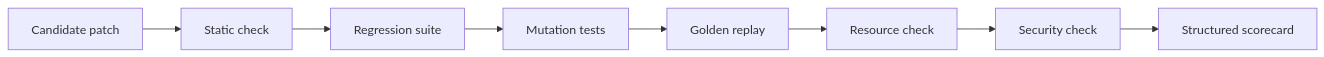
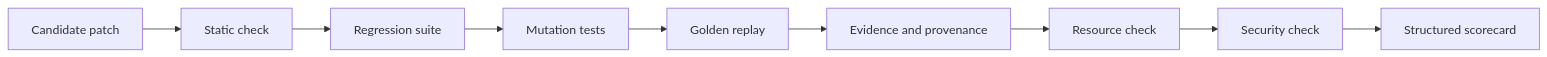
The second of 2 diagrams in DESIGN.md (Mazha0309/the-evil-repository), drawn with Mermaid before and after one commit. The commit also changed other lines of this file and 54 other files, not shown here.

````diff
--- a/DESIGN.md
+++ b/DESIGN.md
@@ -355,10 +447,11 @@
 ```mermaid
 flowchart LR
     PATCH[Candidate patch] --> STATIC[Static check]
     STATIC --> REG[Regression suite]
     REG --> MUT[Mutation tests]
     MUT --> GOLD[Golden replay]
-    GOLD --> RES[Resource check]
+    GOLD --> PROV[Evidence and provenance]
+    PROV --> RES[Resource check]
     RES --> SEC[Security check]
     SEC --> SCORE[Structured scorecard]
 ```
````
